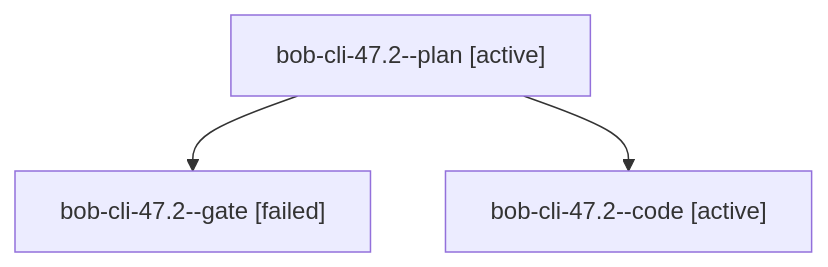
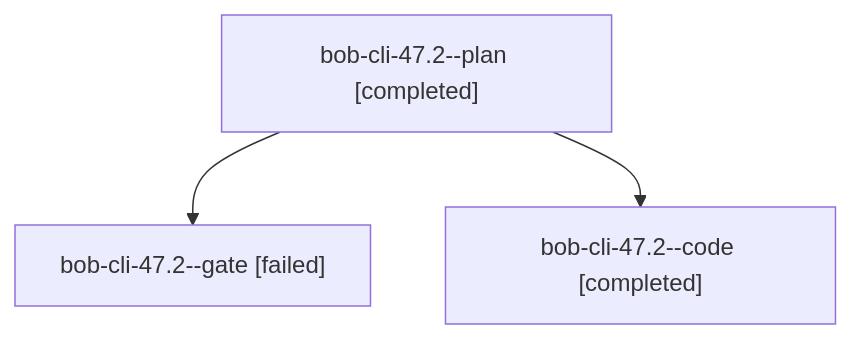
Before and after one commit to bobs-org/bob-cli--agents: the diagram in sessions/bbugyi200.apollo.bob-cli-47.2.md, drawn with Mermaid. The commit also changed other lines of this file and 242 other files, not shown here.

````diff
--- a/sessions/bbugyi200.apollo.bob-cli-47.2.md
+++ b/sessions/bbugyi200.apollo.bob-cli-47.2.md
@@ -9,8 +9,8 @@
 ```mermaid
 flowchart TD
-  n0["bob-cli-47.2--plan [active]"]
+  n0["bob-cli-47.2--plan [completed]"]
   n1["bob-cli-47.2--gate [failed]"]
   n0 --> n1
-  n2["bob-cli-47.2--code [active]"]
+  n2["bob-cli-47.2--code [completed]"]
   n0 --> n2
 ```
````
